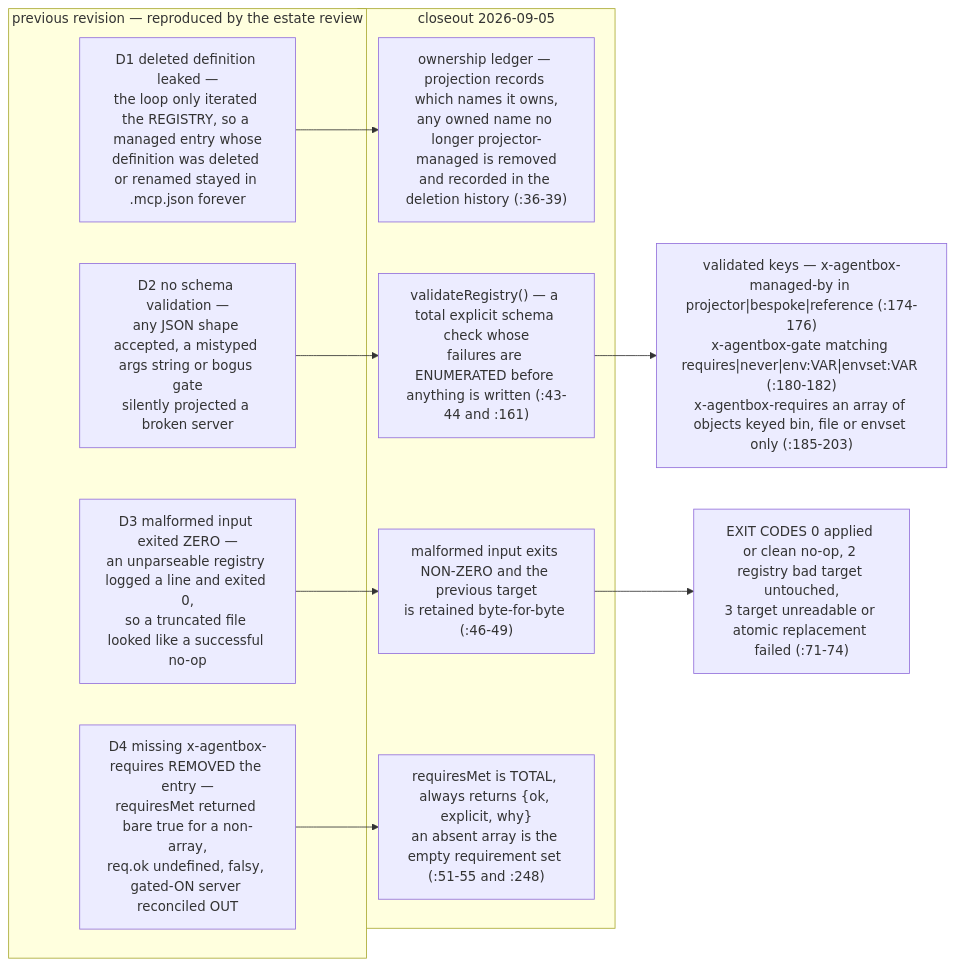
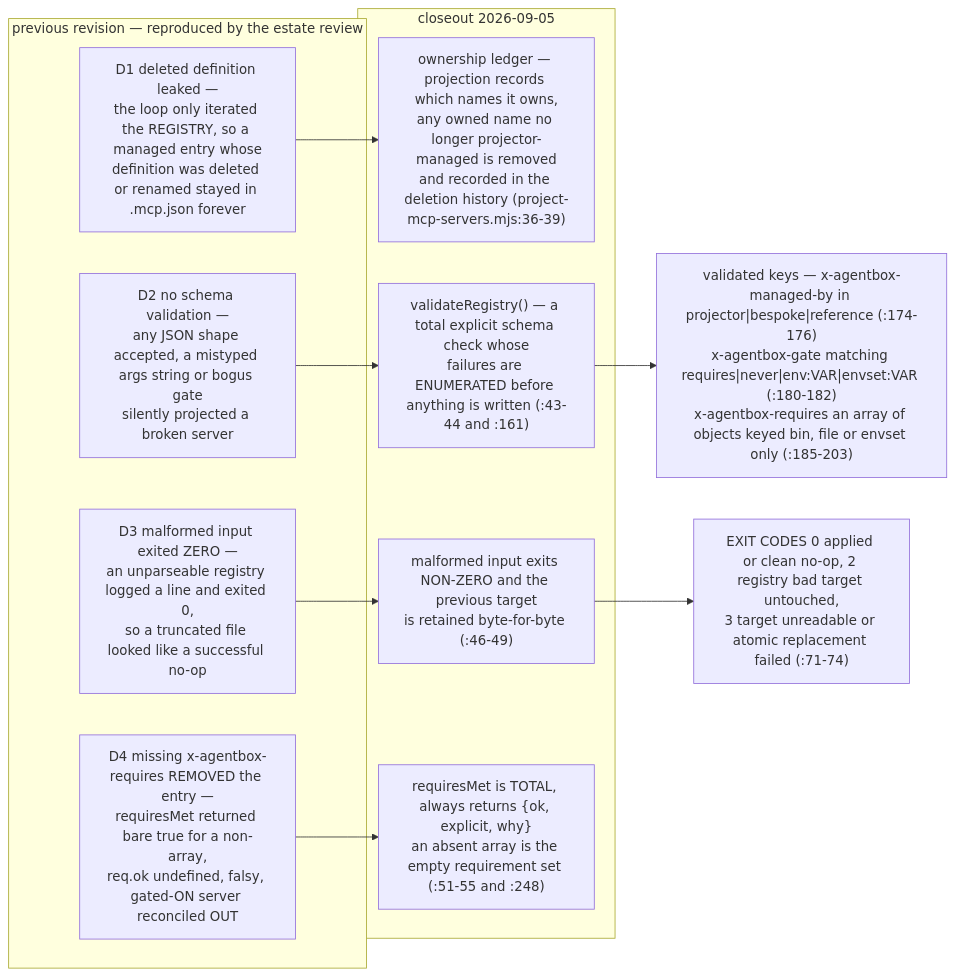
One commit to DreamLab-AI/VisionFlow changed the fourth of 7 diagrams in docs/diagrams/agentbox/09-mcp-servers-catalogue.md. Above: the diagram before and after it, drawn with Mermaid. The commit also changed other lines of this file and 52 other files, not shown here.

First line of the commit message:
docs(diagrams): wave 3 checkpoint — bare line refs resolved, revision-pinned cite-check, VC-05/AB-01..13 re-attested

````diff
--- a/docs/diagrams/agentbox/09-mcp-servers-catalogue.md
+++ b/docs/diagrams/agentbox/09-mcp-servers-catalogue.md
@@ -131,21 +131,21 @@
 ```mermaid
 flowchart LR
     subgraph OLD["previous revision — reproduced by the estate review"]
         O1["D1 deleted definition leaked —<br/>the loop only iterated the REGISTRY, so a managed entry whose<br/>definition was deleted or renamed stayed in .mcp.json forever"]
         O2["D2 no schema validation —<br/>any JSON shape accepted, a mistyped args string or bogus gate<br/>silently projected a broken server"]
         O3["D3 malformed input exited ZERO —<br/>an unparseable registry logged a line and exited 0,<br/>so a truncated file looked like a successful no-op"]
         O4["D4 missing x-agentbox-requires REMOVED the entry —<br/>requiresMet returned bare true for a non-array,<br/>req.ok undefined, falsy, gated-ON server reconciled OUT"]
     end
     subgraph NEW["closeout 2026-09-05"]
-        N1["ownership ledger — projection records which names it owns,<br/>any owned name no longer projector-managed is removed<br/>and recorded in the deletion history (:36-39)"]
+        N1["ownership ledger — projection records which names it owns,<br/>any owned name no longer projector-managed is removed<br/>and recorded in the deletion history (project-mcp-servers.mjs:36-39)"]
         N2["validateRegistry() — a total explicit schema check whose<br/>failures are ENUMERATED before anything is written (:43-44 and :161)"]
         N3["malformed input exits NON-ZERO and the previous target<br/>is retained byte-for-byte (:46-49)"]
         N4["requiresMet is TOTAL, always returns {ok, explicit, why}<br/>an absent array is the empty requirement set (:51-55 and :248)"]
     end
     O1 --> N1
     O2 --> N2
     O3 --> N3
     O4 --> N4
     N2 --> V["validated keys — x-agentbox-managed-by in projector|bespoke|reference (:174-176)<br/>x-agentbox-gate matching requires|never|env:VAR|envset:VAR (:180-182)<br/>x-agentbox-requires an array of objects keyed bin, file or envset only (:185-203)"]
     N3 --> EC["EXIT CODES 0 applied or clean no-op, 2 registry bad target untouched,<br/>3 target unreadable or atomic replacement failed (:71-74)"]
 ```
````
